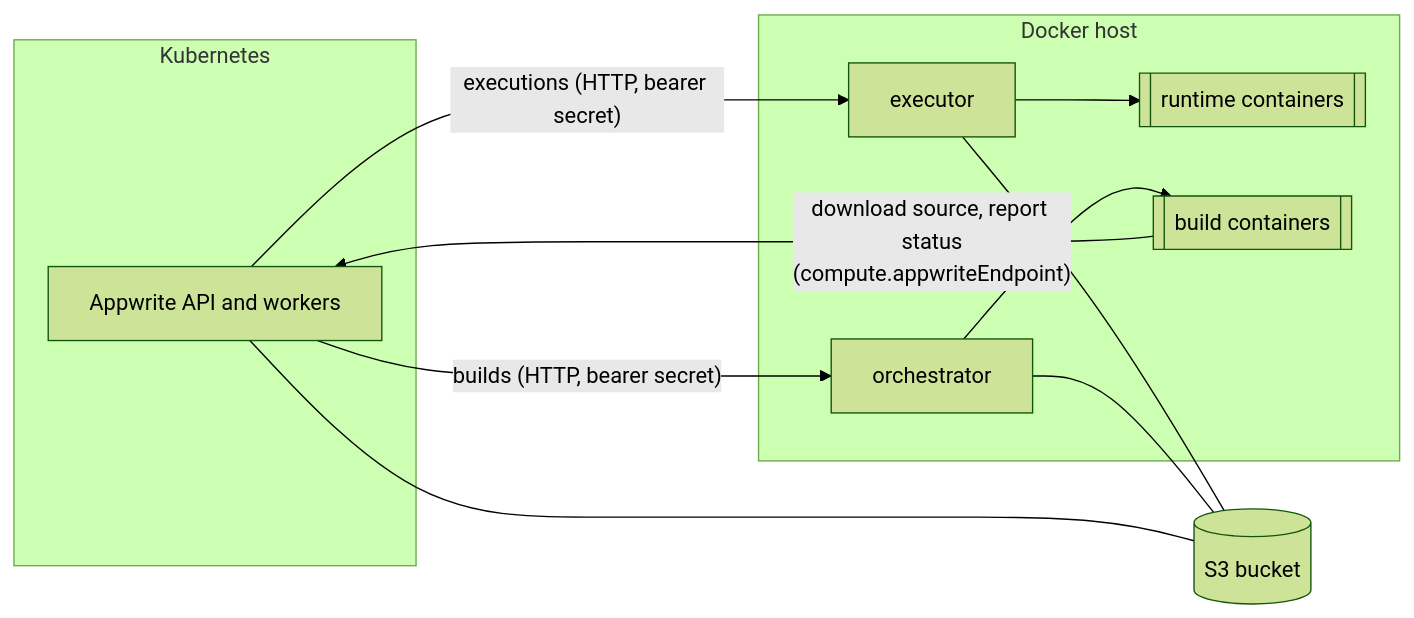
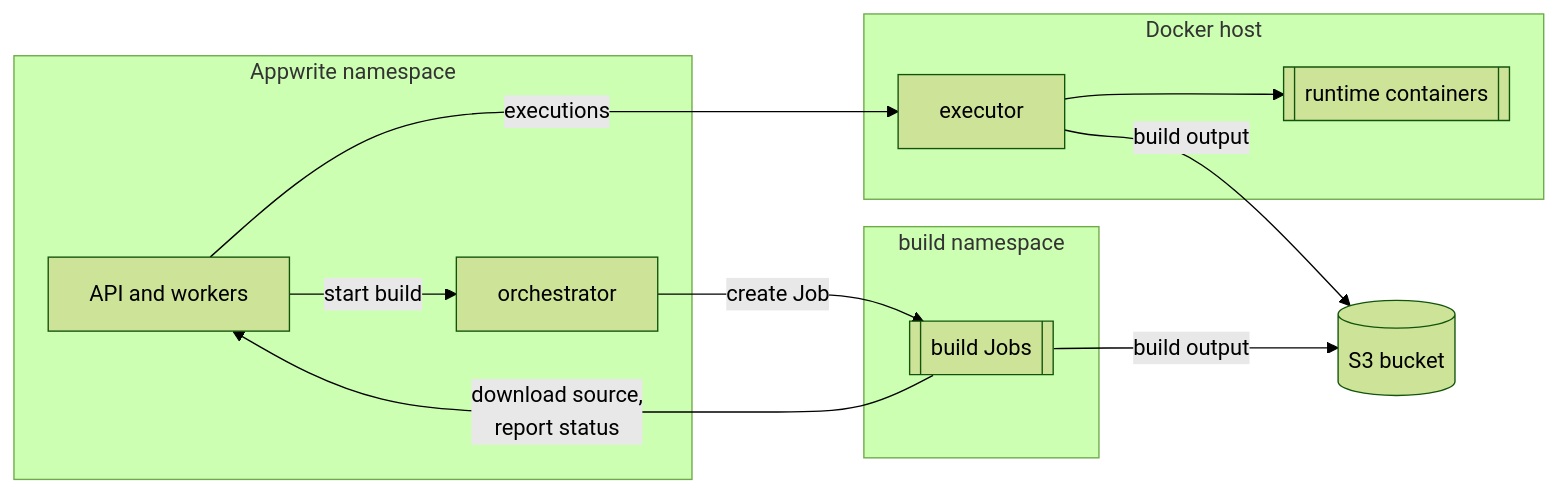
One commit to appwrite/helm-chart changed the diagram in docs/executor.md. Above: the diagram before and after it, drawn with Mermaid (forest theme). The commit also changed other lines of this file and 33 other files, not shown here.

````diff
--- a/docs/executor.md
+++ b/docs/executor.md
@@ -17,17 +18,20 @@
 ```mermaid
 flowchart LR
-  subgraph k8s[Kubernetes]
-    api[Appwrite API and workers]
+  subgraph ns[Appwrite namespace]
+    api[API and workers]
+    orch[orchestrator]
+  end
+  subgraph bns[build namespace]
+    job[[build Jobs]]
   end
   subgraph host[Docker host]
     executor[executor] --> runtimes[[runtime containers]]
-    orchestrator[orchestrator] --> builds[[build containers]]
   end
   s3[(S3 bucket)]
-  api -- "executions (HTTP, bearer secret)" --> executor
-  api -- "builds (HTTP, bearer secret)" --> orchestrator
-  builds -- "download source, report status\n(compute.appwriteEndpoint)" --> api
-  api --- s3
-  executor --- s3
-  orchestrator --- s3
+  api -- "start build" --> orch
+  orch -- "create Job" --> job
+  job -- "download source,\nreport status" --> api
+  job -- "build output" --> s3
+  api -- "executions" --> executor
+  executor -- "build output" --> s3
 ```
````
